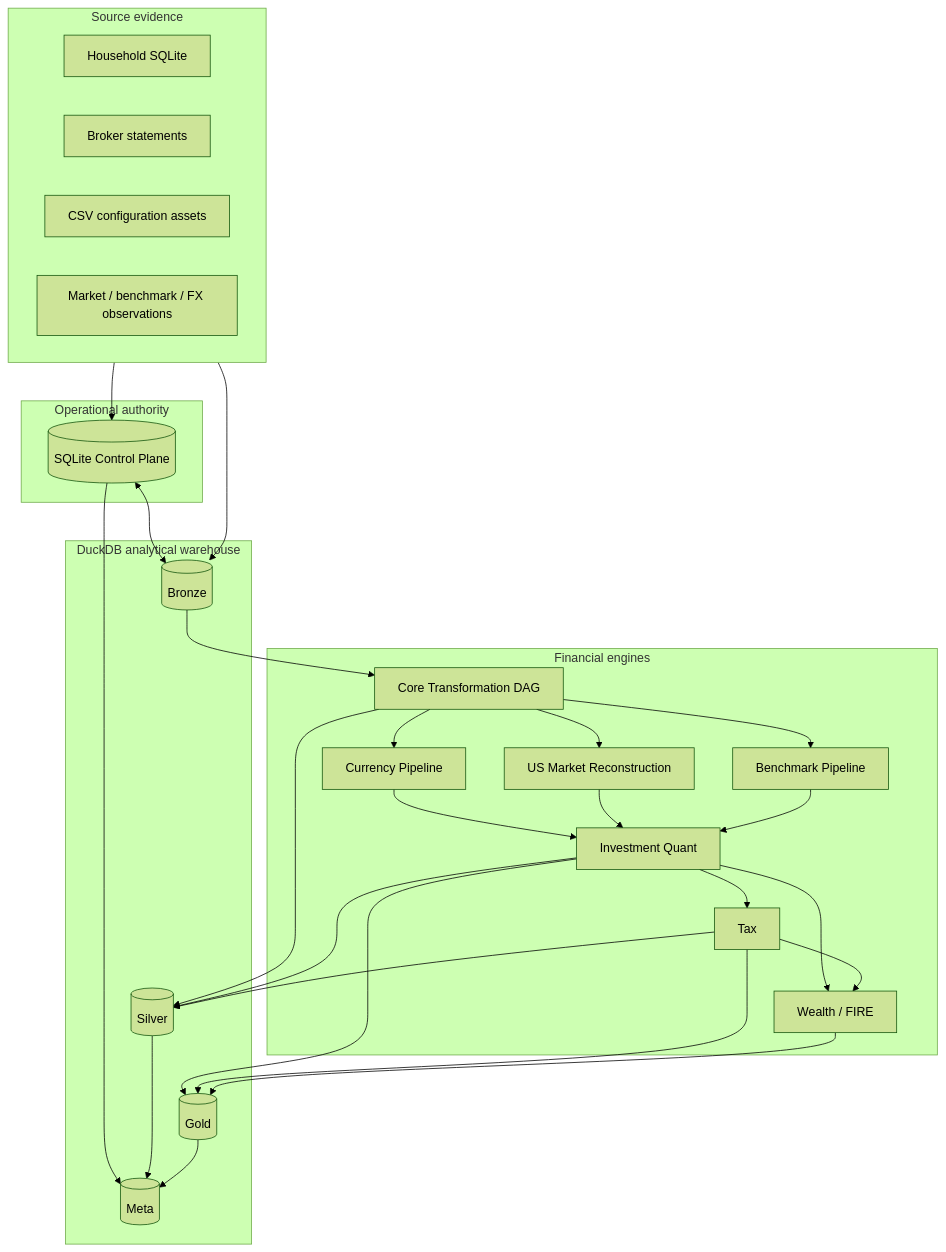
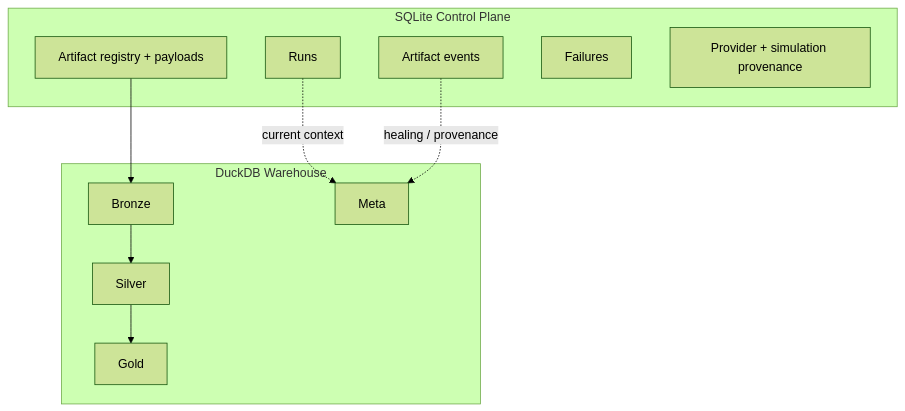
The fourth of 6 diagrams in docs/architecture/README.md (tks18/personal-finance-etl), drawn with Mermaid (forest theme) before and after one commit. The commit also changed other lines of this file and 10 other files, not shown here.

Commit message:
docs: update docs/architecture for latest version

````diff
--- a/docs/architecture/README.md
+++ b/docs/architecture/README.md
@@ -44,53 +186,22 @@
 ```mermaid
 flowchart TB
-    subgraph Sources[Source evidence]
-        HH[Household SQLite]
-        ST[Broker statements]
-        CFG[CSV configuration assets]
-        MK[Market / benchmark / FX observations]
+    subgraph SQLite[SQLite Control Plane]
+        RUN[Runs]
+        ART[Artifact registry + payloads]
+        EVT[Artifact events]
+        FAIL[Failures]
+        PROV[Provider + simulation provenance]
     end
 
-    subgraph Operational[Operational authority]
-        CP[(SQLite Control Plane)]
+    subgraph DuckDB[DuckDB Warehouse]
+        B[Bronze]
+        S[Silver]
+        G[Gold]
+        M[Meta]
     end
 
-    subgraph Warehouse[DuckDB analytical warehouse]
-        B[(Bronze)]
-        S[(Silver)]
-        G[(Gold)]
-        M[(Meta)]
-    end
-
-    subgraph Engines[Financial engines]
-        CORE[Core Transformation DAG]
-        FX[Currency Pipeline]
-        US[US Market Reconstruction]
-        BM[Benchmark Pipeline]
-        Q[Investment Quant]
-        T[Tax]
-        W[Wealth / FIRE]
-    end
-
-    Sources --> CP
-    Sources --> B
-    CP <--> B
-    B --> CORE
-    CORE --> FX
-    CORE --> US
-    CORE --> BM
-    FX --> Q
-    US --> Q
-    BM --> Q
-    Q --> T
-    Q --> W
-    T --> W
-    CORE --> S
-    Q --> S
-    T --> S
-    Q --> G
-    T --> G
-    W --> G
-    CP --> M
-    S --> M
-    G --> M
+    ART --> B
+    B --> S --> G
+    RUN -. current context .-> M
+    EVT -. healing / provenance .-> M
 ```
````
